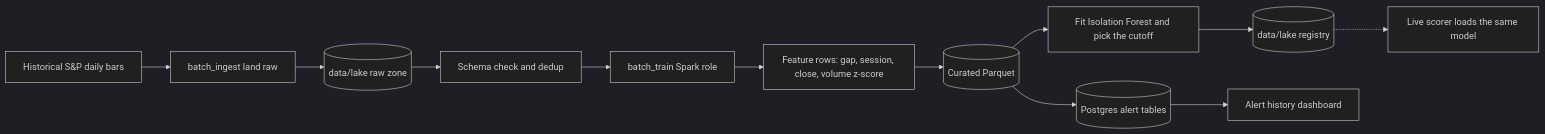
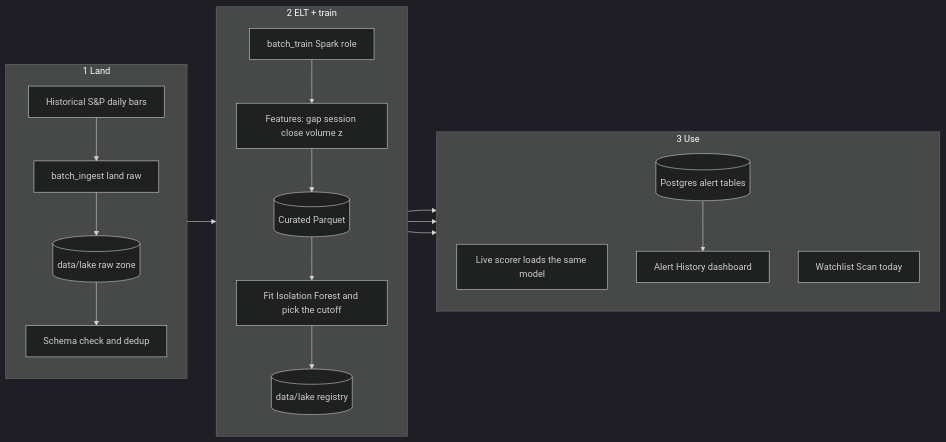
Before and after one commit to sameerde4/ticker-alert-system: the eighth of 10 diagrams in docs/architecture.md, drawn with Mermaid (dark theme). The commit also changed other lines of this file and 2 other files, not shown here.

First line of the commit message:
Publish finished-system architecture with slide-friendly diagrams.

````diff
--- a/docs/architecture.md
+++ b/docs/architecture.md
@@ -416,14 +400,26 @@
 ```mermaid
 flowchart LR
-    HP[Historical S&P daily bars] --> ELP[batch_ingest land raw]
-    ELP --> RAW[(data/lake raw zone)]
-    RAW --> VAL[Schema check and dedup]
-    VAL --> SPARK_ROLE[batch_train Spark role]
-    SPARK_ROLE --> FEAT[Feature rows: gap, session, close, volume z-score]
-    FEAT --> CUR[(Curated Parquet)]
-    CUR --> TRAIN[Fit Isolation Forest and pick the cutoff]
-    TRAIN --> REG[(data/lake registry)]
-    REG -.-> LIVE[Live scorer loads the same model]
-    CUR --> PG[(Postgres alert tables)]
-    PG --> UI[Alert history dashboard]
+    subgraph land [1 Land]
+        direction TB
+        HP[Historical S&P daily bars] --> ELP[batch_ingest land raw]
+        ELP --> RAW[(data/lake raw zone)]
+        RAW --> VAL[Schema check and dedup]
+    end
+
+    subgraph el [2 ELT + train]
+        direction TB
+        VAL --> SPARK_ROLE[batch_train Spark role]
+        SPARK_ROLE --> FEAT[Features: gap session close volume z]
+        FEAT --> CUR[(Curated Parquet)]
+        CUR --> TRAIN[Fit Isolation Forest and pick the cutoff]
+        TRAIN --> REG[(data/lake registry)]
+    end
+
+    subgraph use [3 Use]
+        direction TB
+        REG --> LIVE[Live scorer loads the same model]
+        REG --> SCAN[Watchlist Scan today]
+        CUR --> PG[(Postgres alert tables)]
+        PG --> UI[Alert History dashboard]
+    end
 ```
````
